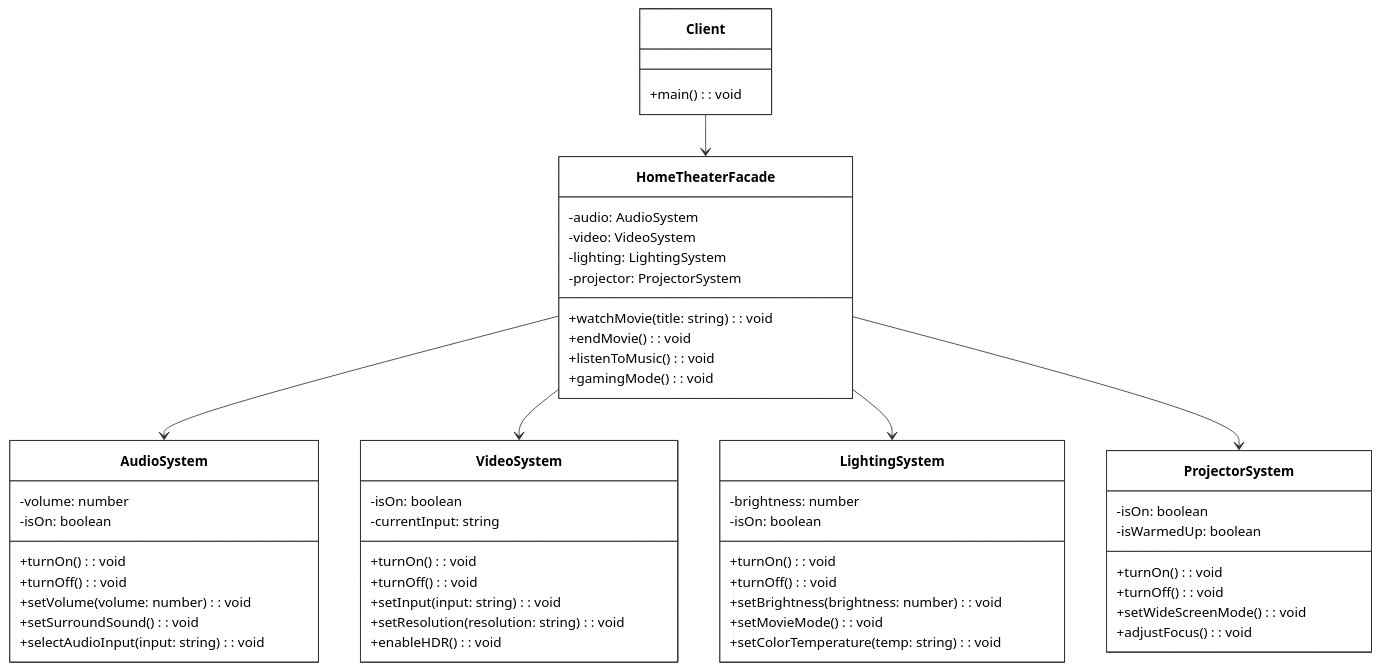
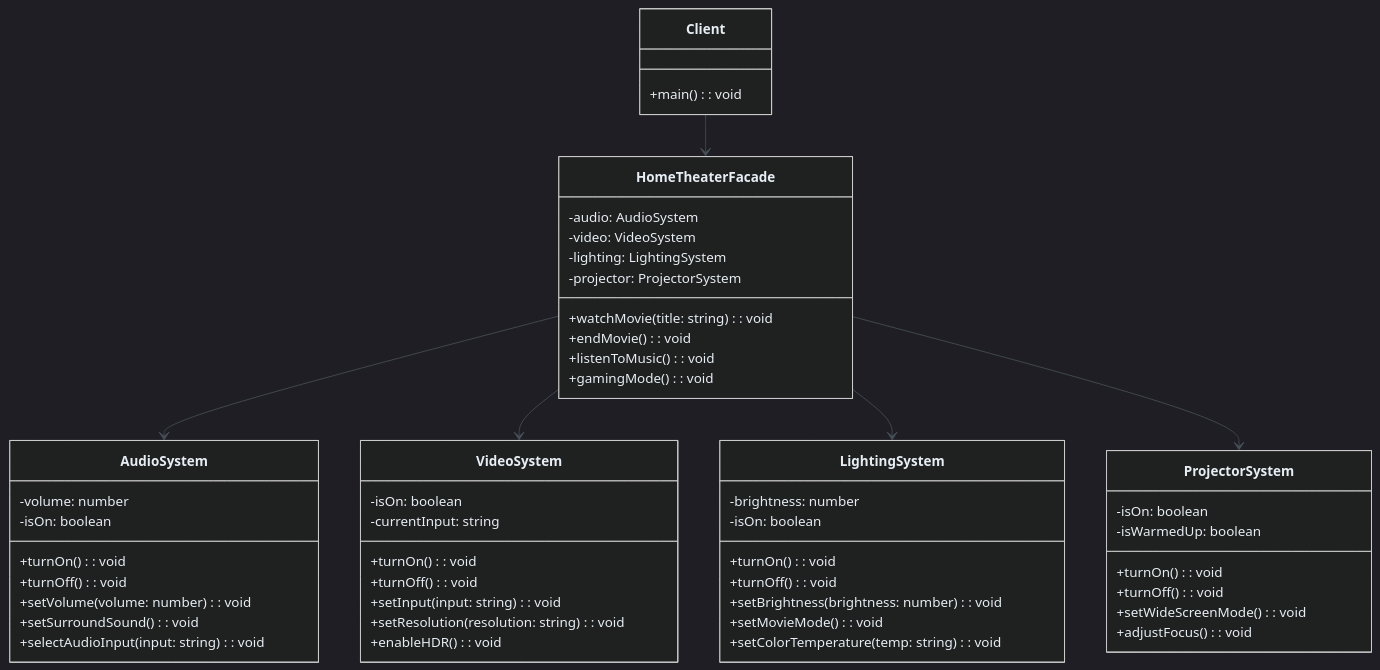
One commit to BernatQI/Design-Patterns changed the diagram in facade/README.es.md. Above: the diagram before and after it, drawn with Mermaid. The commit also changed 23 other files, not shown here.

Commit message:
Fix UML Class color text accessibility

````diff
--- a/facade/README.es.md
+++ b/facade/README.es.md
@@ -27,64 +27,64 @@
 ```mermaid
-%%{init: {"theme": "base", "themeVariables": {"primaryColor": "#ffffff", "primaryTextColor": "#000000", "primaryBorderColor": "#333333", "lineColor": "#333333", "secondaryColor": "#f8f8f8", "tertiaryColor": "#ffffff"}}}%%
+%%{init: {"theme": "dark", "themeVariables": {"darkMode": true, "background": "#0d1117", "primaryColor": "#21262d", "primaryTextColor": "#e6edf3", "primaryBorderColor": "#30363d", "lineColor": "#484f58", "secondaryColor": "#161b22", "tertiaryColor": "#0d1117"}}}%%
 classDiagram
     class HomeTheaterFacade {
         -audio: AudioSystem
         -video: VideoSystem
         -lighting: LightingSystem
         -projector: ProjectorSystem
         +watchMovie(title: string): void
         +endMovie(): void
         +listenToMusic(): void
         +gamingMode(): void
     }
     
     class AudioSystem {
         -volume: number
         -isOn: boolean
         +turnOn(): void
         +turnOff(): void
         +setVolume(volume: number): void
         +setSurroundSound(): void
         +selectAudioInput(input: string): void
     }
     
     class VideoSystem {
         -isOn: boolean
         -currentInput: string
         +turnOn(): void
         +turnOff(): void
         +setInput(input: string): void
         +setResolution(resolution: string): void
         +enableHDR(): void
     }
     
     class LightingSystem {
         -brightness: number
         -isOn: boolean
         +turnOn(): void
         +turnOff(): void
         +setBrightness(brightness: number): void
         +setMovieMode(): void
         +setColorTemperature(temp: string): void
     }
     
     class ProjectorSystem {
         -isOn: boolean
         -isWarmedUp: boolean
         +turnOn(): void
         +turnOff(): void
         +setWideScreenMode(): void
         +adjustFocus(): void
     }
     
     HomeTheaterFacade --> AudioSystem
     HomeTheaterFacade --> VideoSystem
     HomeTheaterFacade --> LightingSystem
     HomeTheaterFacade --> ProjectorSystem
     
     class Client {
         +main(): void
     }
     
     Client --> HomeTheaterFacade
 ```
````
